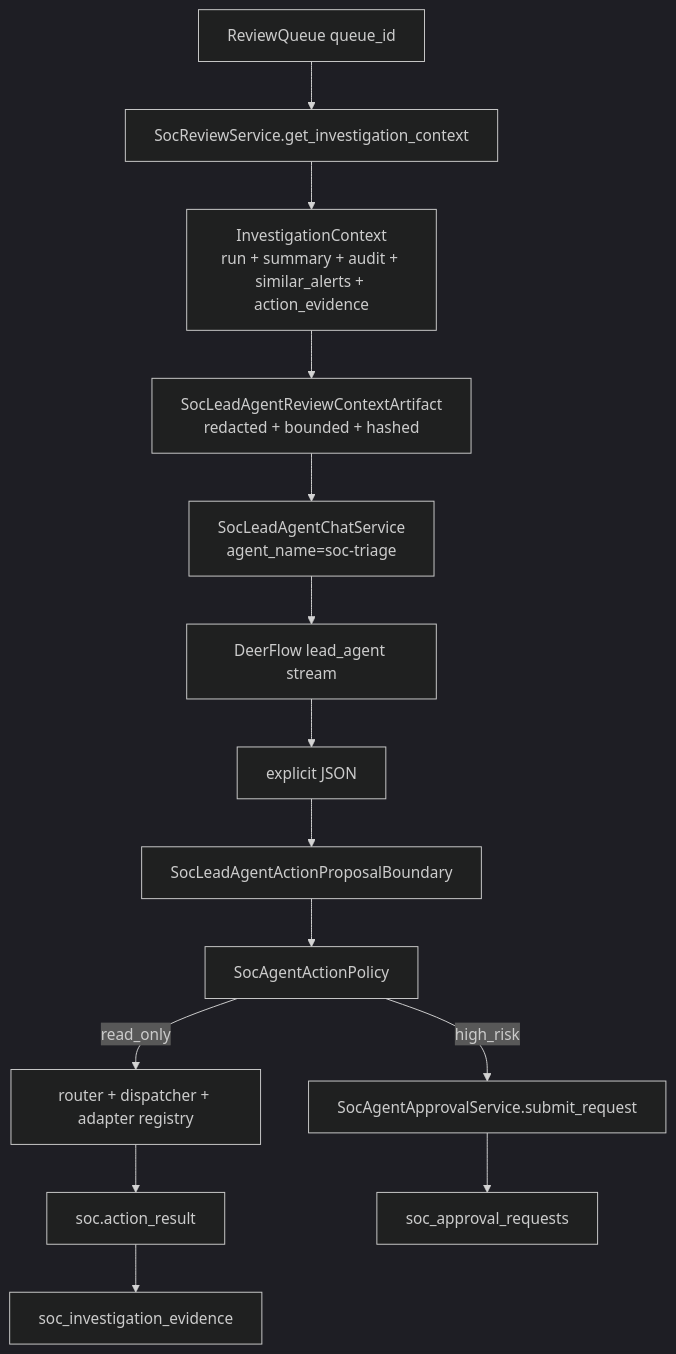
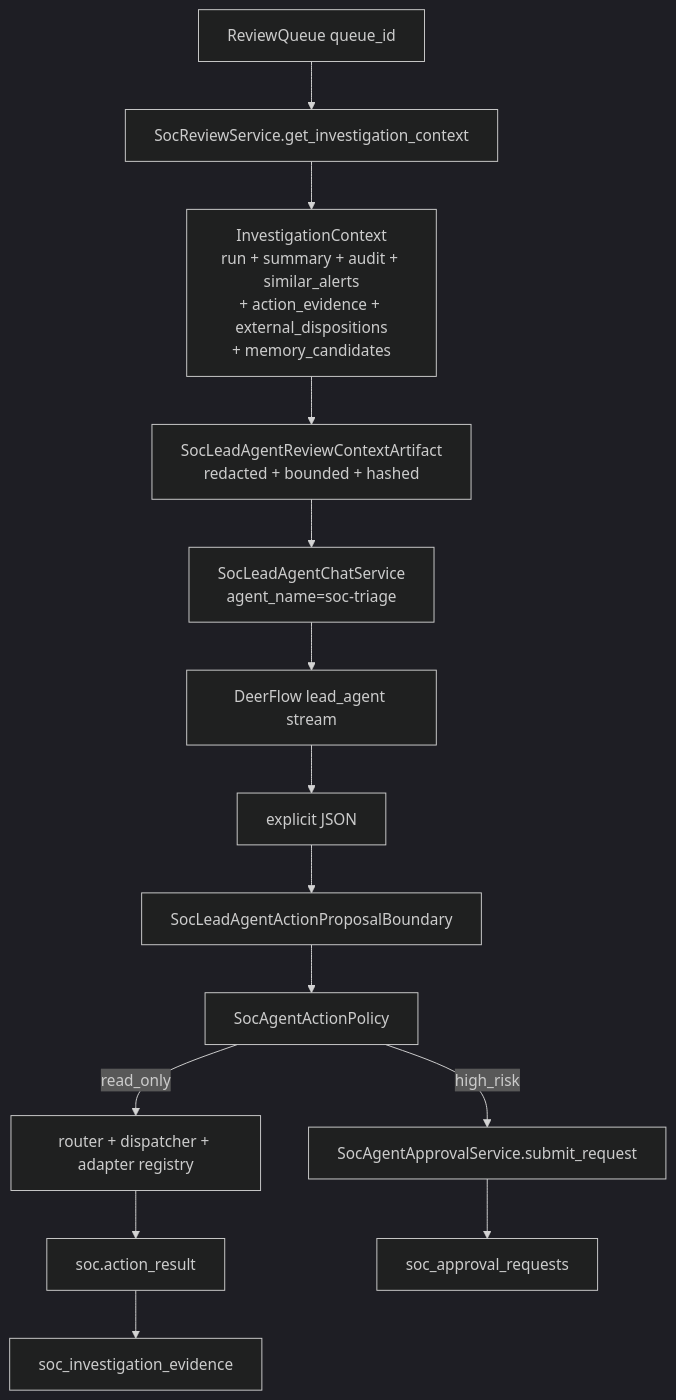
The fourth of 6 diagrams in .notes/ai_soc/alert-lifecycle-flow.md (yydspanda/deer-flow), drawn with Mermaid (dark theme) before and after one commit. The commit also changed other lines of this file and 25 other files, not shown here.

Commit message:
Persist SOC memory candidates

````diff
--- a/.notes/ai_soc/alert-lifecycle-flow.md
+++ b/.notes/ai_soc/alert-lifecycle-flow.md
@@ -256,19 +259,19 @@
 ```mermaid
 flowchart TD
     QueueId["ReviewQueue queue_id"] --> ReviewService["SocReviewService.get_investigation_context"]
-    ReviewService --> Context["InvestigationContext\nrun + summary + audit + similar_alerts + action_evidence"]
+    ReviewService --> Context["InvestigationContext\nrun + summary + audit + similar_alerts\n+ action_evidence + external_dispositions\n+ memory_candidates"]
     Context --> Bridge["SocLeadAgentReviewContextArtifact\nredacted + bounded + hashed"]
     Bridge --> LeadEntry["SocLeadAgentChatService\nagent_name=soc-triage"]
     LeadEntry --> DeerFlowLead["DeerFlow lead_agent stream"]
 
     DeerFlowLead --> Proposal["explicit <soc_action_proposal> JSON"]
     Proposal --> Boundary["SocLeadAgentActionProposalBoundary"]
     Boundary --> Policy["SocAgentActionPolicy"]
 
     Policy -->|read_only| ReadOnly["router + dispatcher + adapter registry"]
     ReadOnly --> ActionResult["soc.action_result"]
     ActionResult --> Evidence["soc_investigation_evidence"]
 
     Policy -->|high_risk| Approval["SocAgentApprovalService.submit_request"]
     Approval --> Inbox["soc_approval_requests"]
 ```
````
